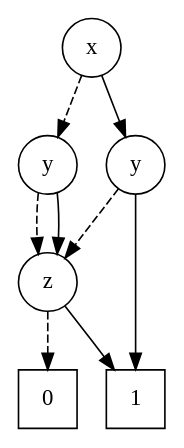
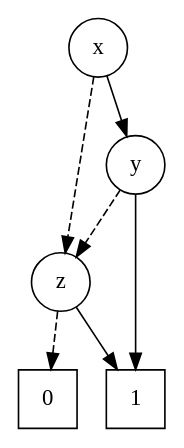
Before and after one commit to Alan-Jowett/bdd_test: the diagram in test_expressions/reordered/test_subdir_expression_bdd.dot, drawn with Graphviz. The commit also changed 20 other files, not shown here.

```diff
--- a/test_expressions/reordered/test_subdir_expression_bdd.dot
+++ b/test_expressions/reordered/test_subdir_expression_bdd.dot
@@ -1,20 +1,17 @@
 digraph DD {
-    node [shape = square] 2306384689792 2306384689840;
+    node [shape = square] node2 node4;
     node [shape = circle];
 
-    2306384690128 [label = "x", tooltip = "0"];
-    2306384690128 -> 2306384690032 [style = dashed];
-    2306384690128 -> 2306384690176 [style = solid];
-    2306384690176 [label = "y", tooltip = "1"];
-    2306384690176 -> 2306384690224 [style = dashed];
-    2306384690176 -> 2306384689840 [style = solid];
-    2306384689840 [label = "1", tooltip = "1"];
-    2306384690224 [label = "z", tooltip = "2"];
-    2306384690224 -> 2306384689792 [style = dashed];
-    2306384690224 -> 2306384689840 [style = solid];
-    2306384689792 [label = "0", tooltip = "0"];
-    2306384690032 [label = "y", tooltip = "1"];
-    2306384690032 -> 2306384690224 [style = dashed];
-    2306384690032 -> 2306384690224 [style = solid];
+    node0 [label = "x", tooltip = "0"];
+    node0 -> node3 [style = dashed];
+    node0 -> node1 [style = solid];
+    node1 [label = "y", tooltip = "1"];
+    node1 -> node3 [style = dashed];
+    node1 -> node2 [style = solid];
+    node2 [label = "1", tooltip = "1"];
+    node3 [label = "z", tooltip = "2"];
+    node3 -> node4 [style = dashed];
+    node3 -> node2 [style = solid];
+    node4 [label = "0", tooltip = "0"];
 
 }
```
